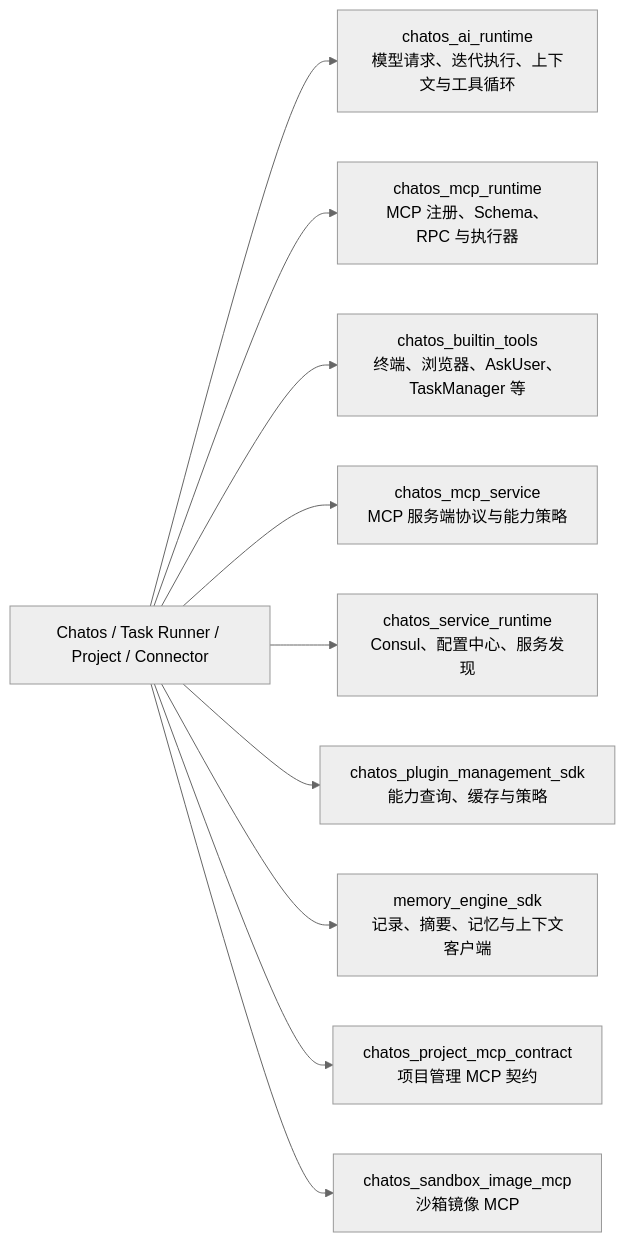
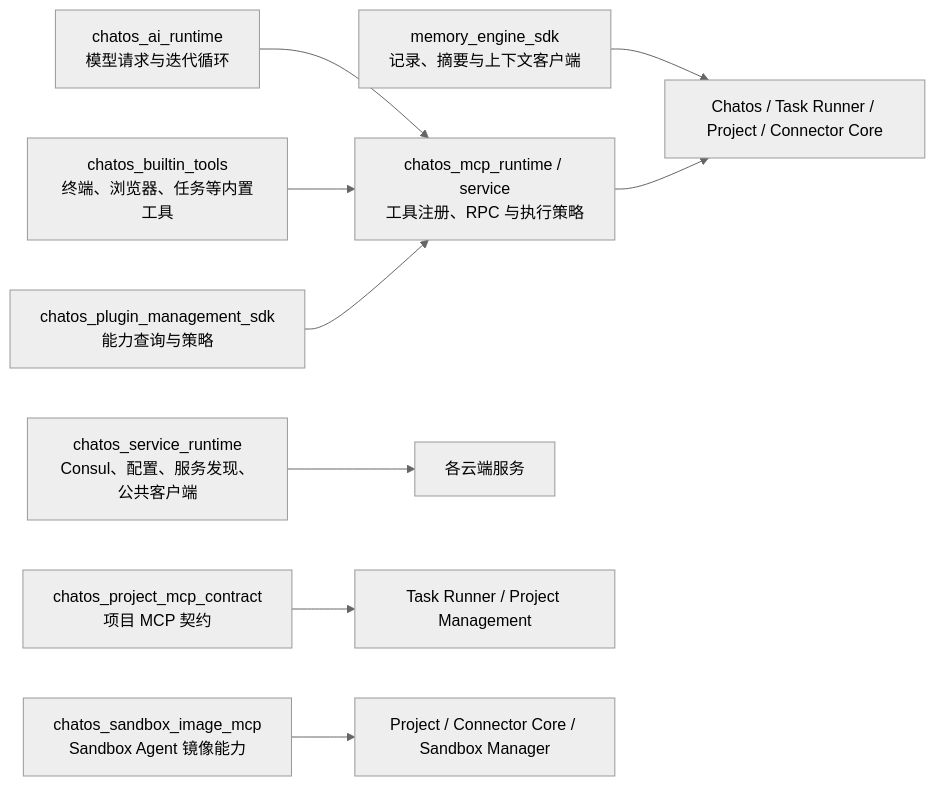
One commit to leeoohoo/chatos_rs changed the seventh of 7 diagrams in README.md. Above: the diagram before and after it, drawn with Mermaid (neutral theme). The commit also changed other lines of this file and 23 other files, not shown here.

Commit message:
feat: rebuild user website and refresh architecture docs

````diff
--- a/README.md
+++ b/README.md
@@ -249,12 +317,11 @@
 ```mermaid
 flowchart LR
-    apps["Chatos / Task Runner / Project / Connector"] --> ai["chatos_ai_runtime<br/>模型请求、迭代执行、上下文与工具循环"]
-    apps --> mcp["chatos_mcp_runtime<br/>MCP 注册、Schema、RPC 与执行器"]
-    apps --> builtins["chatos_builtin_tools<br/>终端、浏览器、AskUser、TaskManager 等"]
-    apps --> mcpService["chatos_mcp_service<br/>MCP 服务端协议与能力策略"]
-    apps --> discovery["chatos_service_runtime<br/>Consul、配置中心、服务发现"]
-    apps --> pluginSdk["chatos_plugin_management_sdk<br/>能力查询、缓存与策略"]
-    apps --> memorySdk["memory_engine_sdk<br/>记录、摘要、记忆与上下文客户端"]
-    apps --> projectContract["chatos_project_mcp_contract<br/>项目管理 MCP 契约"]
-    apps --> imageMcp["chatos_sandbox_image_mcp<br/>沙箱镜像 MCP"]
+    AI["chatos_ai_runtime<br/>模型请求与迭代循环"] --> MCP["chatos_mcp_runtime / service<br/>工具注册、RPC 与执行策略"]
+    Builtin["chatos_builtin_tools<br/>终端、浏览器、任务等内置工具"] --> MCP
+    Plugin["chatos_plugin_management_sdk<br/>能力查询与策略"] --> MCP
+    Memory["memory_engine_sdk<br/>记录、摘要与上下文客户端"] --> Apps["Chatos / Task Runner / Project / Connector Core"]
+    MCP --> Apps
+    Service["chatos_service_runtime<br/>Consul、配置、服务发现、公共客户端"] --> Services["各云端服务"]
+    Project["chatos_project_mcp_contract<br/>项目 MCP 契约"] --> ProjectUsers["Task Runner / Project Management"]
+    Image["chatos_sandbox_image_mcp<br/>Sandbox Agent 镜像能力"] --> ImageUsers["Project / Connector Core / Sandbox Manager"]
 ```
````
